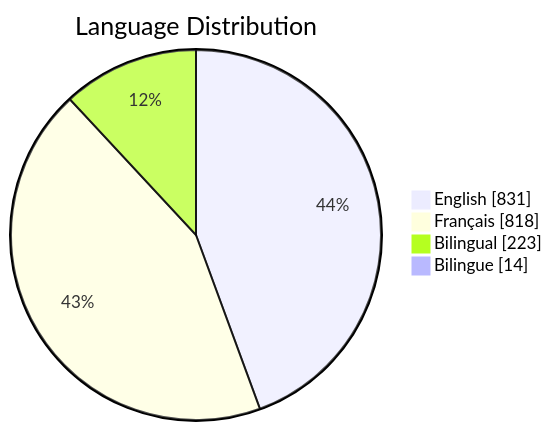
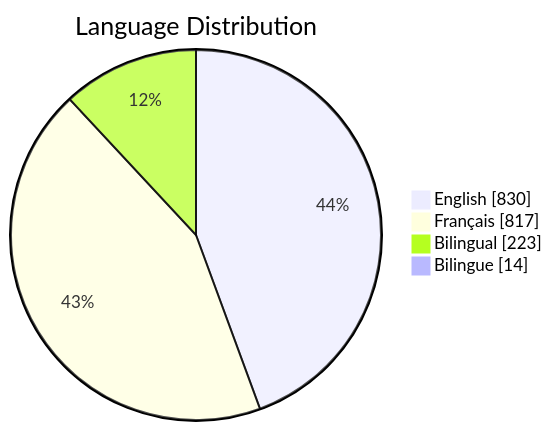
The third of 6 diagrams in README.md (PatLittle/GC-Socials), drawn with Mermaid before and after one commit. The commit also changed other lines of this file, not shown here.

Commit message:
Update README with Platform Distribution pie chart

````diff
--- a/README.md
+++ b/README.md
@@ -65,7 +65,7 @@
 ```mermaid
 pie showData title Language Distribution
-    "English": 831
-    "Français": 818
+    "English": 830
+    "Français": 817
     "Bilingual": 223
     "Bilingue": 14
 ```
````
